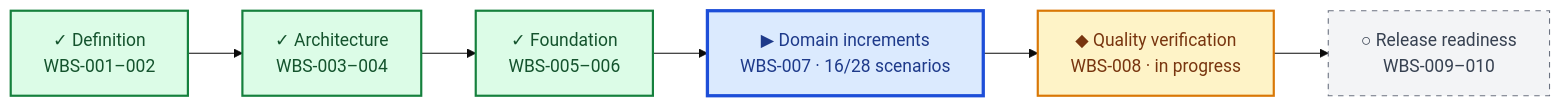
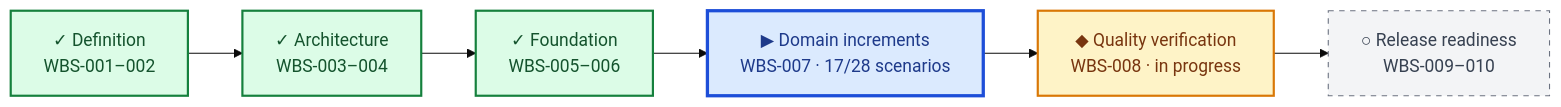
The diagram in DASHBOARD/PROGRESS.md (stoarch/testA2), drawn with Mermaid (base theme) before and after one commit. The commit also changed other lines of this file and 19 other files, not shown here.

````diff
--- a/DASHBOARD/PROGRESS.md
+++ b/DASHBOARD/PROGRESS.md
@@ -7,17 +7,17 @@
 ```mermaid
 flowchart LR
     M1["✓ Definition<br/>WBS-001–002"] --> M2["✓ Architecture<br/>WBS-003–004"]
     M2 --> M3["✓ Foundation<br/>WBS-005–006"]
-    M3 --> M4["▶ Domain increments<br/>WBS-007 · 16/28 scenarios"]
+    M3 --> M4["▶ Domain increments<br/>WBS-007 · 17/28 scenarios"]
     M4 --> M5["◆ Quality verification<br/>WBS-008 · in progress"]
     M5 --> M6["○ Release readiness<br/>WBS-009–010"]
 
     classDef done fill:#dcfce7,stroke:#15803d,color:#14532d,stroke-width:2px;
     classDef active fill:#dbeafe,stroke:#1d4ed8,color:#1e3a8a,stroke-width:3px;
     classDef parallel fill:#fef3c7,stroke:#d97706,color:#78350f,stroke-width:2px;
     classDef planned fill:#f3f4f6,stroke:#6b7280,color:#374151,stroke-dasharray:5 5;
     class M1,M2,M3 done;
     class M4 active;
     class M5 parallel;
     class M6 planned;
 ```
````
